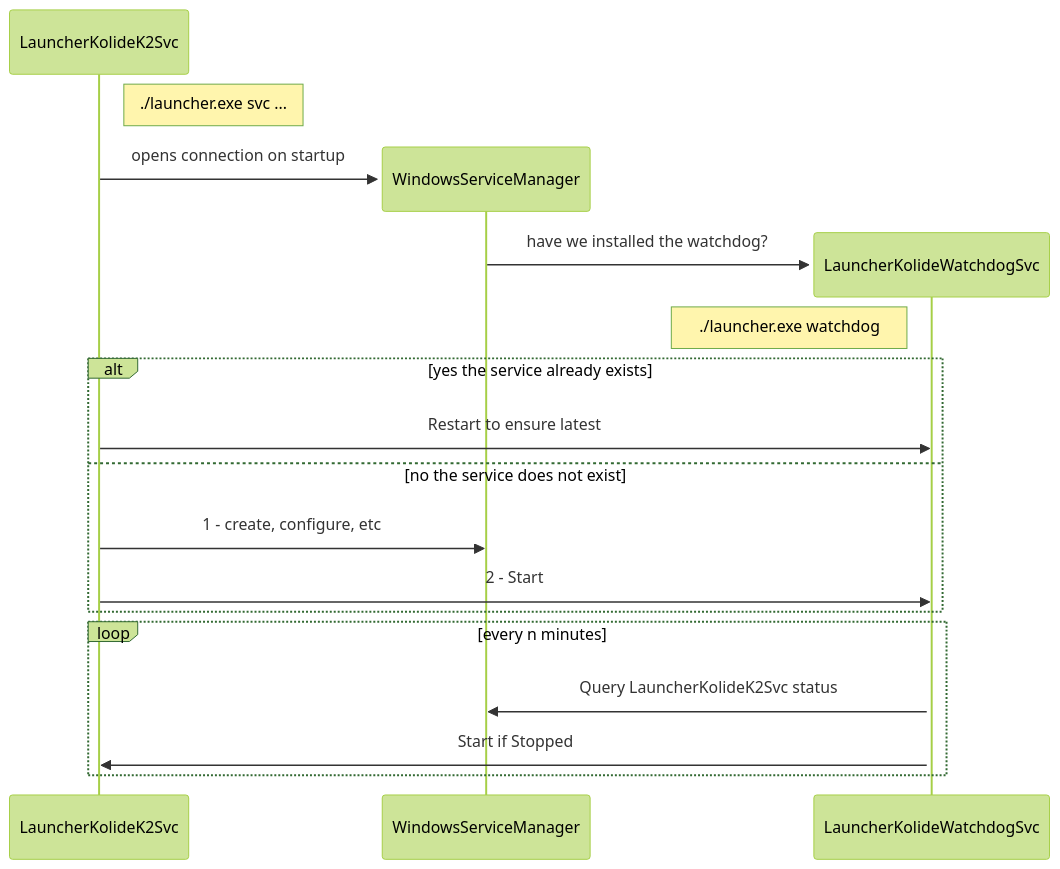
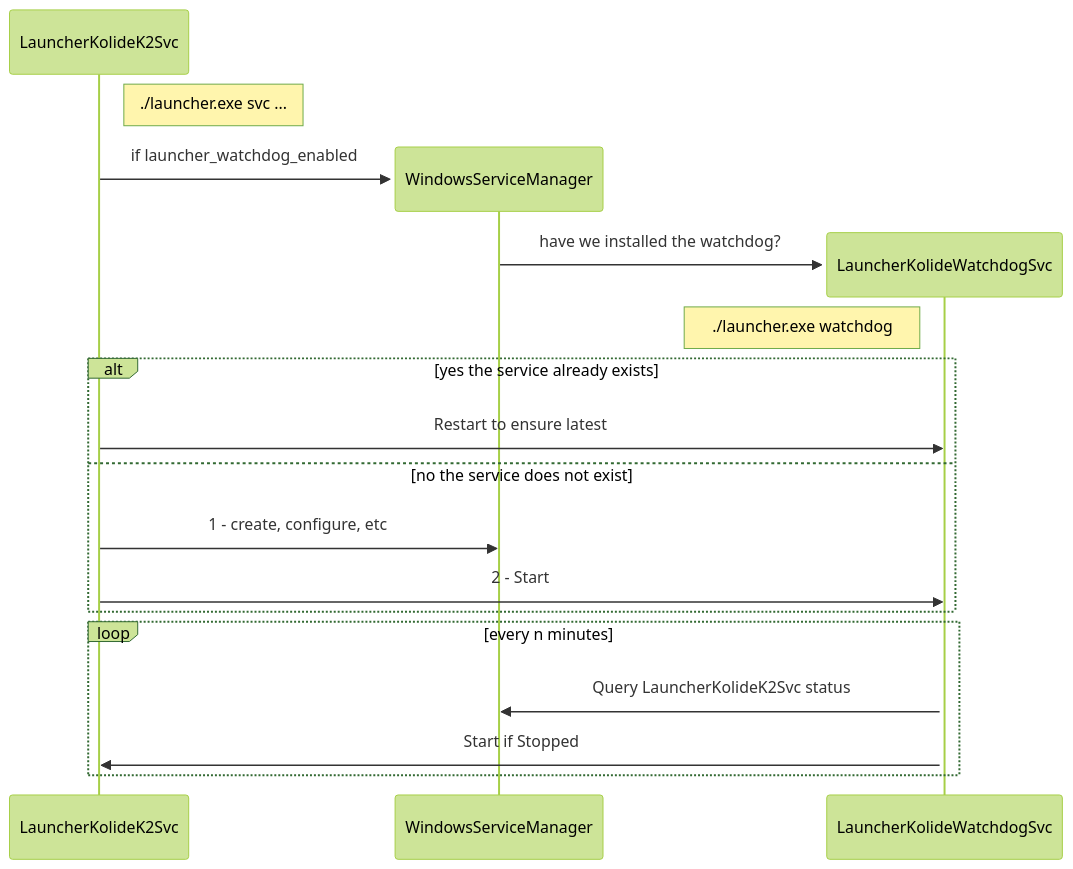
One commit to kolide/launcher changed the diagram in cmd/launcher/watchdog/windows_watchdog.md. Above: the diagram before and after it, drawn with Mermaid (forest theme). The commit also changed other lines of this file and 1 other file, not shown here.

````diff
--- a/cmd/launcher/watchdog/windows_watchdog.md
+++ b/cmd/launcher/watchdog/windows_watchdog.md
@@ -1,23 +5,23 @@
 ```mermaid
 sequenceDiagram
     participant LauncherKolideK2Svc
     Note right of LauncherKolideK2Svc: ./launcher.exe svc ...
     create participant WindowsServiceManager
-    LauncherKolideK2Svc->>WindowsServiceManager: opens connection on startup
+    LauncherKolideK2Svc->>WindowsServiceManager: if launcher_watchdog_enabled
     create participant LauncherKolideWatchdogSvc
     WindowsServiceManager->>LauncherKolideWatchdogSvc: have we installed the watchdog?
     Note left of LauncherKolideWatchdogSvc: ./launcher.exe watchdog
 
     alt yes the service already exists
         LauncherKolideK2Svc->>LauncherKolideWatchdogSvc: Restart to ensure latest
     else no the service does not exist
         LauncherKolideK2Svc->>WindowsServiceManager: 1 - create, configure, etc
         LauncherKolideK2Svc->>LauncherKolideWatchdogSvc: 2 - Start
         activate LauncherKolideWatchdogSvc
     end
 
     loop every n minutes
         LauncherKolideWatchdogSvc->>WindowsServiceManager: Query LauncherKolideK2Svc status
         LauncherKolideWatchdogSvc->>LauncherKolideK2Svc: Start if Stopped
     end
 ```
````
